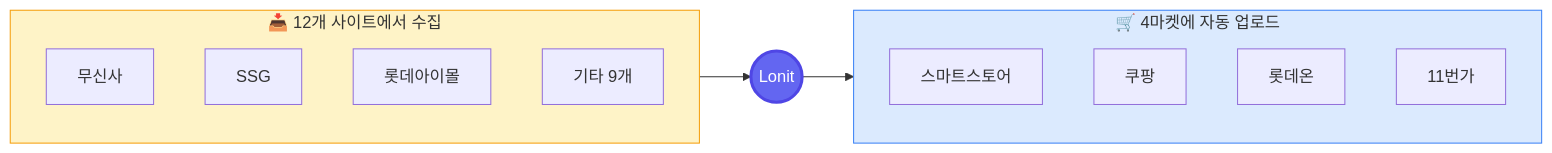
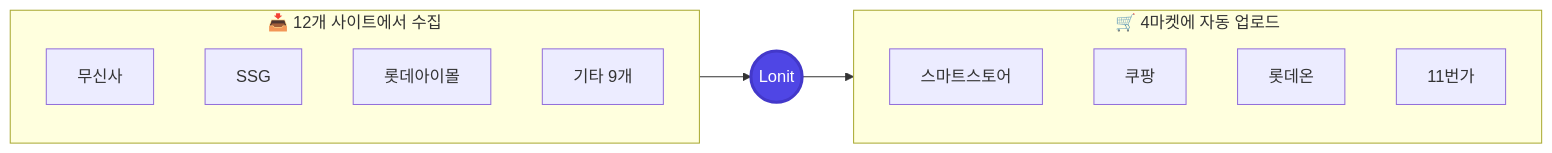
One commit to cksdud5785-design/lonit-manual changed the diagram in docs/index.md. Above: the diagram before and after it, drawn with Mermaid. The commit also changed other lines of this file and 5 other files, not shown here.

````diff
--- a/docs/index.md
+++ b/docs/index.md
@@ -62,27 +53,25 @@
 ```mermaid
 flowchart LR
     subgraph 소싱처["📥 12개 사이트에서 수집"]
         direction TB
         M1[무신사]
         M2[SSG]
         M3[롯데아이몰]
         M4[기타 9개]
     end
 
     L((Lonit))
 
     subgraph 마켓["🛒 4마켓에 자동 업로드"]
         direction TB
         N[스마트스토어]
         C[쿠팡]
         Lo[롯데온]
         E[11번가]
     end
 
     소싱처 --> L
     L --> 마켓
 
-    style L fill:#6366f1,color:#fff,stroke:#4f46e5,stroke-width:3px
-    style 소싱처 fill:#fef3c7,stroke:#f59e0b
-    style 마켓 fill:#dbeafe,stroke:#3b82f6
+    style L fill:#4f46e5,color:#fff,stroke:#4338ca,stroke-width:3px
 ```
````
